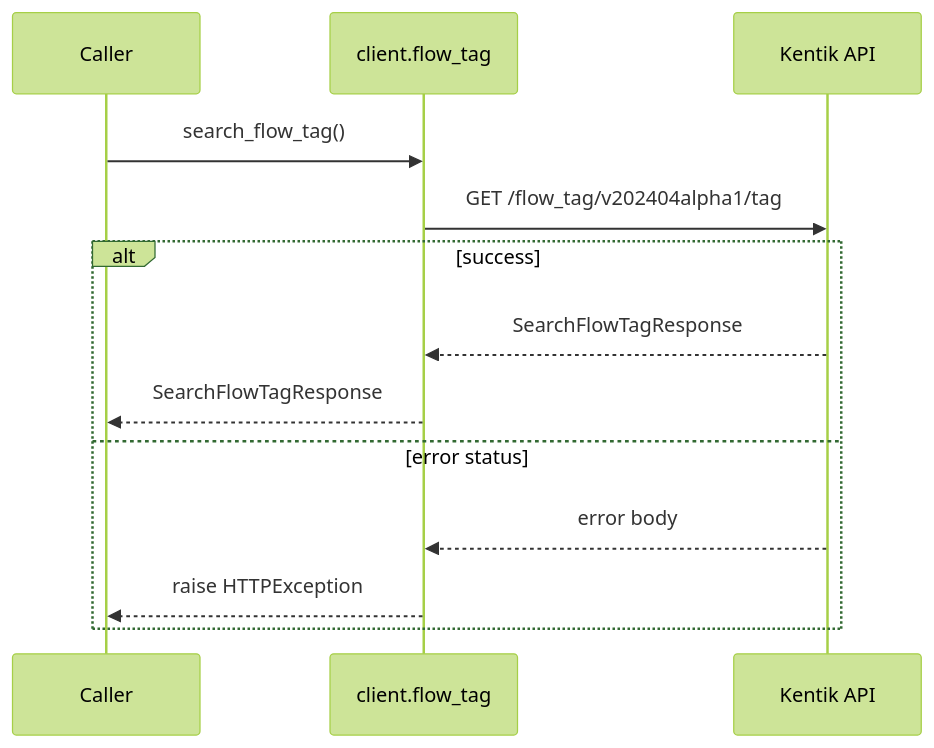
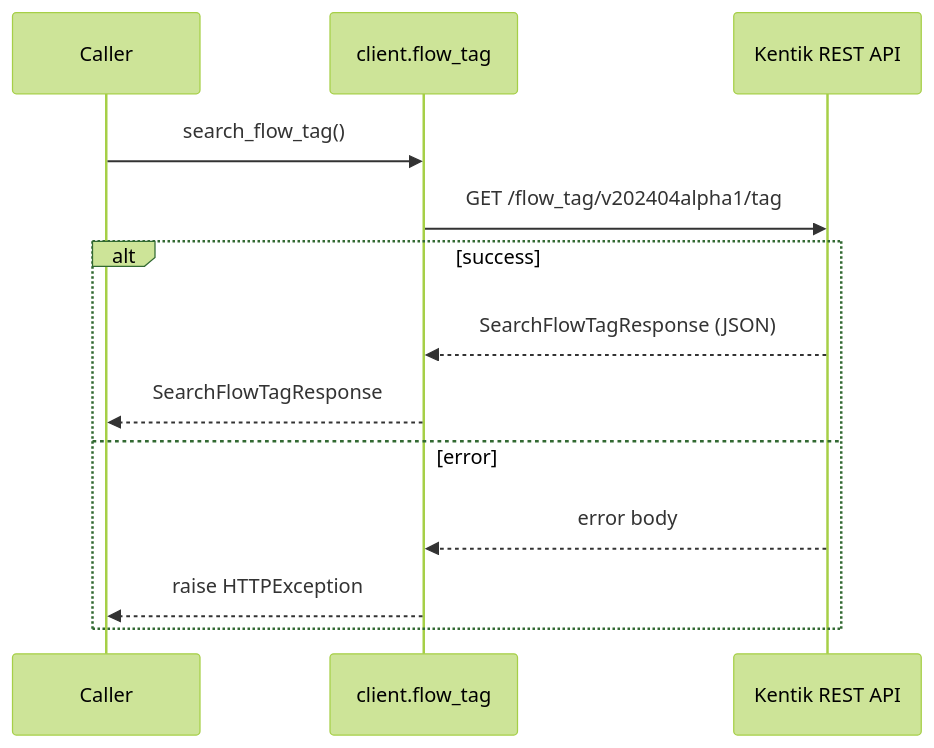
The second of 12 diagrams in docs/sphinx/services/flow_tag.md (alexdearaujo/community_sdk_python), drawn with Mermaid (forest theme) before and after one commit. The commit also changed other lines of this file and 61 other files, not shown here.

````diff
--- a/docs/sphinx/services/flow_tag.md
+++ b/docs/sphinx/services/flow_tag.md
@@ -33,16 +35,16 @@
 ```mermaid
 sequenceDiagram
     participant C as Caller
     participant W as client.flow_tag
-    participant API as Kentik API
+    participant API as Kentik REST API
 
     C->>W: search_flow_tag()
     W->>API: GET /flow_tag/v202404alpha1/tag
     alt success
-        API-->>W: SearchFlowTagResponse
+        API-->>W: SearchFlowTagResponse (JSON)
         W-->>C: SearchFlowTagResponse
-    else error status
+    else error
         API-->>W: error body
         W-->>C: raise HTTPException
     end
 ```
````
